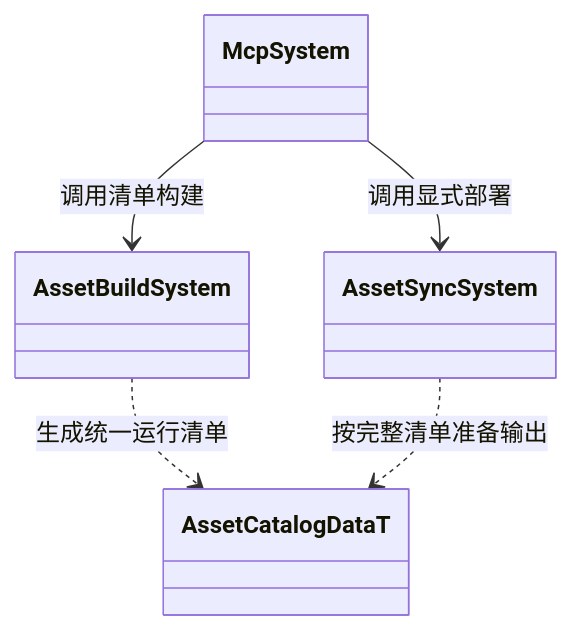
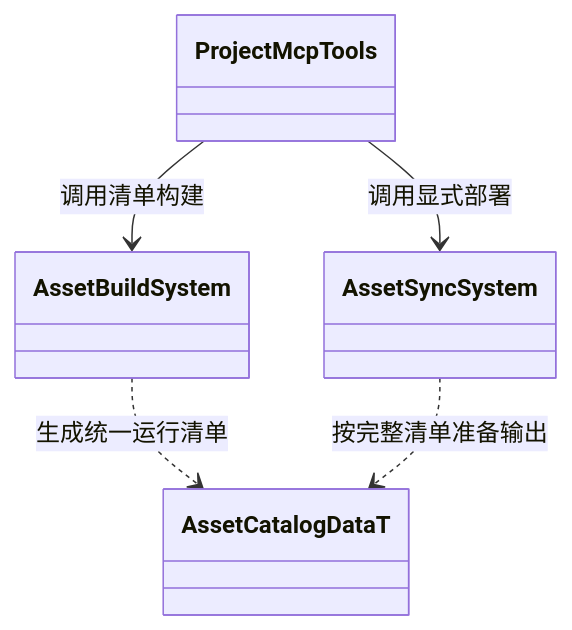
Diagram 24 of 26 in docs/class-diagrams/references.md (lcals/Engine), drawn with Mermaid before and after one commit. The commit also changed other lines of this file and 125 other files, not shown here.

````diff
--- a/docs/class-diagrams/references.md
+++ b/docs/class-diagrams/references.md
@@ -576,12 +650,12 @@
 ```mermaid
 classDiagram
     direction TB
-    class McpSystem
+    class ProjectMcpTools
     class AssetBuildSystem
     class AssetSyncSystem
     class AssetCatalogDataT
-    McpSystem --> AssetBuildSystem : 调用清单构建
-    McpSystem --> AssetSyncSystem : 调用显式部署
+    ProjectMcpTools --> AssetBuildSystem : 调用清单构建
+    ProjectMcpTools --> AssetSyncSystem : 调用显式部署
     AssetBuildSystem ..> AssetCatalogDataT : 生成统一运行清单
     AssetSyncSystem ..> AssetCatalogDataT : 按完整清单准备输出
 ```
````
